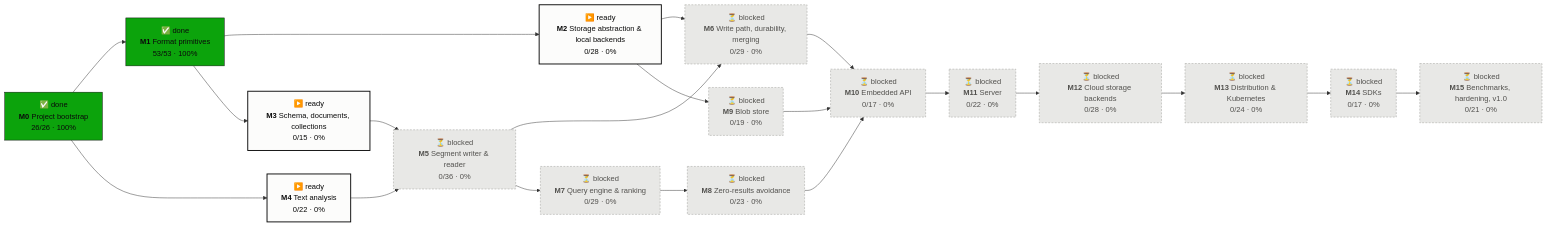
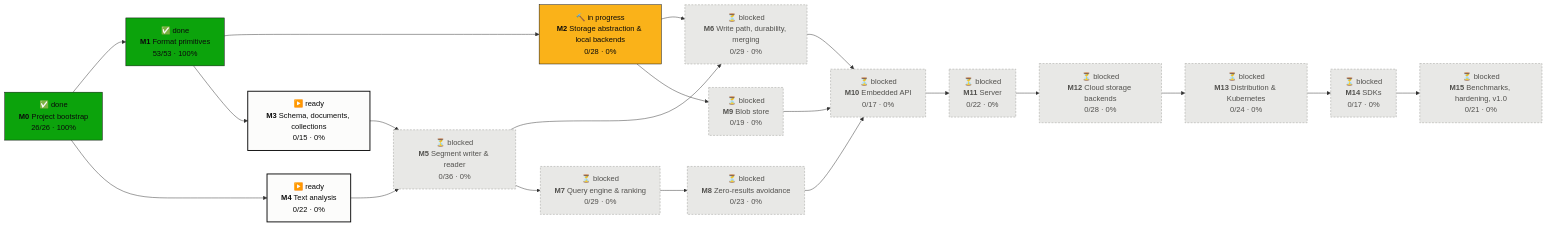
Before and after one commit to tomiok/persiaDB: the first of 2 diagrams in PROGRESS.md, drawn with Mermaid. The commit also changed other lines of this file and 2 other files, not shown here.

Commit message:
chore(roadmap): start 2.1 (storage core trait and types)

````diff
--- a/PROGRESS.md
+++ b/PROGRESS.md
@@ -14,42 +14,42 @@
 ```mermaid
 flowchart LR
   M0["✅ done<br/><b>M0</b> Project bootstrap<br/>26/26 · 100%"]:::done
   M1["✅ done<br/><b>M1</b> Format primitives<br/>53/53 · 100%"]:::done
-  M2["▶️ ready<br/><b>M2</b> Storage abstraction & local backends<br/>0/28 · 0%"]:::ready
+  M2["🔨 in progress<br/><b>M2</b> Storage abstraction & local backends<br/>0/28 · 0%"]:::doing
   M3["▶️ ready<br/><b>M3</b> Schema, documents, collections<br/>0/15 · 0%"]:::ready
   M4["▶️ ready<br/><b>M4</b> Text analysis<br/>0/22 · 0%"]:::ready
   M5["⏳ blocked<br/><b>M5</b> Segment writer & reader<br/>0/36 · 0%"]:::blocked
   M6["⏳ blocked<br/><b>M6</b> Write path, durability, merging<br/>0/29 · 0%"]:::blocked
   M7["⏳ blocked<br/><b>M7</b> Query engine & ranking<br/>0/29 · 0%"]:::blocked
   M8["⏳ blocked<br/><b>M8</b> Zero-results avoidance<br/>0/23 · 0%"]:::blocked
   M9["⏳ blocked<br/><b>M9</b> Blob store<br/>0/19 · 0%"]:::blocked
   M10["⏳ blocked<br/><b>M10</b> Embedded API<br/>0/17 · 0%"]:::blocked
   M11["⏳ blocked<br/><b>M11</b> Server<br/>0/22 · 0%"]:::blocked
   M12["⏳ blocked<br/><b>M12</b> Cloud storage backends<br/>0/28 · 0%"]:::blocked
   M13["⏳ blocked<br/><b>M13</b> Distribution & Kubernetes<br/>0/24 · 0%"]:::blocked
   M14["⏳ blocked<br/><b>M14</b> SDKs<br/>0/17 · 0%"]:::blocked
   M15["⏳ blocked<br/><b>M15</b> Benchmarks, hardening, v1.0<br/>0/21 · 0%"]:::blocked
   M0 --> M1
   M1 --> M2
   M1 --> M3
   M0 --> M4
   M3 --> M5
   M4 --> M5
   M2 --> M6
   M5 --> M6
   M5 --> M7
   M7 --> M8
   M2 --> M9
   M6 --> M10
   M8 --> M10
   M9 --> M10
   M10 --> M11
   M11 --> M12
   M12 --> M13
   M13 --> M14
   M14 --> M15
   classDef done fill:#0ca30c,stroke:#0b0b0b,color:#0b0b0b
   classDef doing fill:#fab219,stroke:#0b0b0b,color:#0b0b0b
   classDef ready fill:#fcfcfb,stroke:#0b0b0b,stroke-width:2px,color:#0b0b0b
   classDef blocked fill:#e8e8e6,stroke:#9a9a96,stroke-dasharray:4 3,color:#52514e
 ```
````
